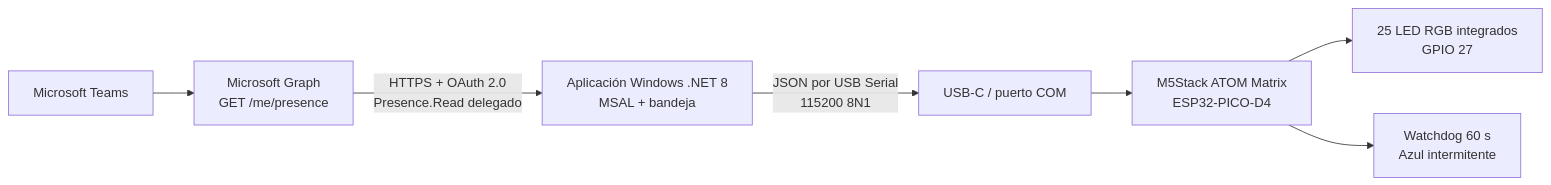
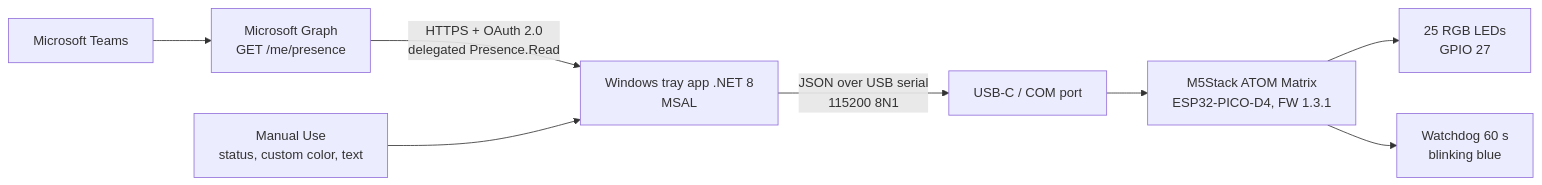
Before and after one commit to MarcosBordon/BusyLightStatus: the diagram in DIAGRAM.md, drawn with Mermaid. The commit also changed other lines of this file and 4 other files, not shown here.

````diff
--- a/DIAGRAM.md
+++ b/DIAGRAM.md
@@ -3,16 +3,10 @@
 ```mermaid
 flowchart LR
-  T[Microsoft Teams] --> G[Microsoft Graph
-GET /me/presence]
-  G -->|HTTPS + OAuth 2.0
-Presence.Read delegado| A[Aplicación Windows .NET 8
-MSAL + bandeja]
-  A -->|JSON por USB Serial
-115200 8N1| U[USB-C / puerto COM]
-  U --> E[M5Stack ATOM Matrix
-ESP32-PICO-D4]
-  E --> L[25 LED RGB integrados
-GPIO 27]
-  E --> W[Watchdog 60 s
-Azul intermitente]
+  T[Microsoft Teams] --> G[Microsoft Graph<br/>GET /me/presence]
+  G -->|HTTPS + OAuth 2.0<br/>delegated Presence.Read| A[Windows tray app .NET 8<br/>MSAL]
+  M[Manual Use<br/>status, custom color, text] --> A
+  A -->|JSON over USB serial<br/>115200 8N1| U[USB-C / COM port]
+  U --> E[M5Stack ATOM Matrix<br/>ESP32-PICO-D4, FW 1.3.1]
+  E --> L[25 RGB LEDs<br/>GPIO 27]
+  E --> W[Watchdog 60 s<br/>blinking blue]
 ```
````
